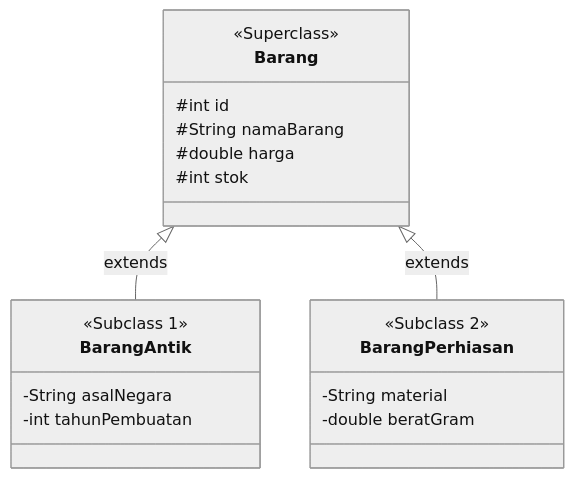
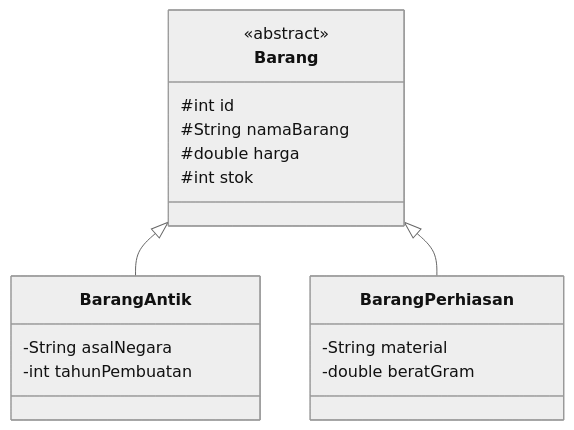
One commit to Mikhelfebian/Minpro-3-PBO-ManajemenTokoAntik changed the diagram in README.md. Above: the diagram before and after it, drawn with Mermaid (neutral theme). The commit also changed other lines of this file, not shown here.

````diff
--- a/README.md
+++ b/README.md
@@ -37,27 +171,25 @@
 ```mermaid
 classDiagram
     direction BT
 
     class Barang {
-        <<Superclass>>
+        <<abstract>>
         #int id
         #String namaBarang
         #double harga
         #int stok
     }
 
     class BarangAntik {
-        <<Subclass 1>>
         -String asalNegara
         -int tahunPembuatan
     }
 
     class BarangPerhiasan {
-        <<Subclass 2>>
         -String material
         -double beratGram
     }
 
-    BarangAntik --|> Barang : extends
-    BarangPerhiasan --|> Barang : extends
+    BarangAntik --|> Barang
+    BarangPerhiasan --|> Barang
 ```
````
